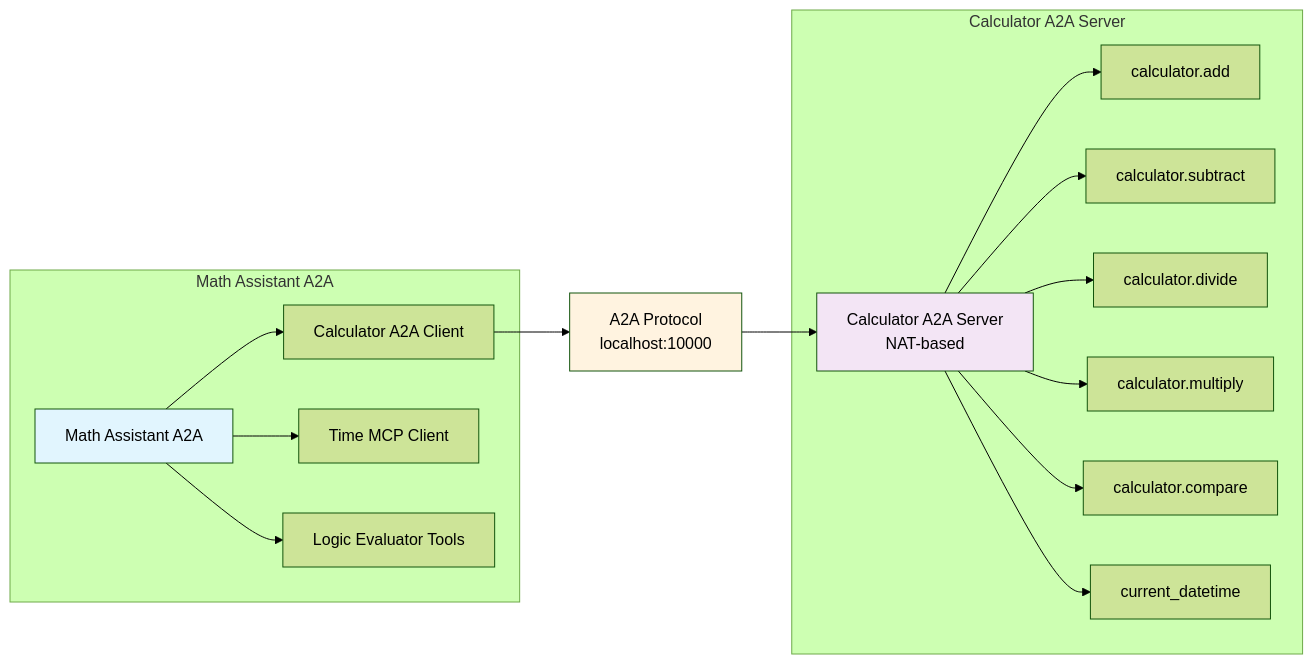
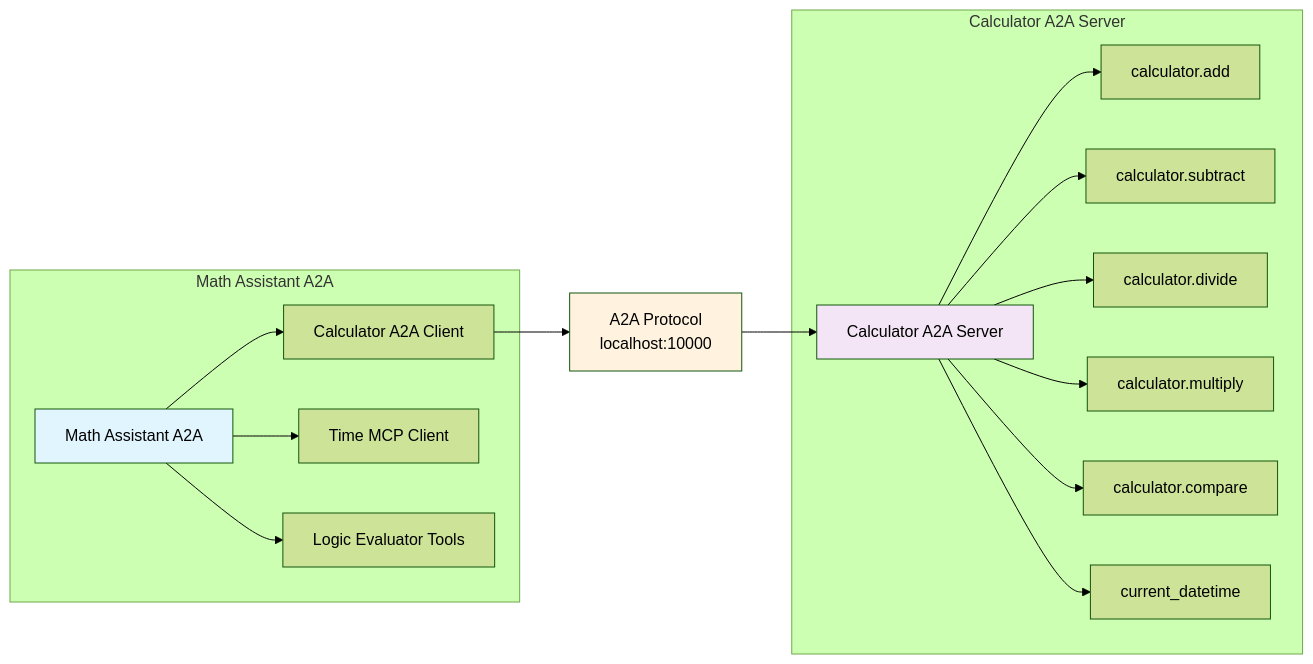
One commit to yifei-gpt/NeMo-Agent-Toolkit changed the diagram in examples/A2A/math_assistant_a2a/README.md. Above: the diagram before and after it, drawn with Mermaid (forest theme). The commit also changed other lines of this file and 110 other files, not shown here.

````diff
--- a/examples/A2A/math_assistant_a2a/README.md
+++ b/examples/A2A/math_assistant_a2a/README.md
@@ -31,25 +31,25 @@
 ```mermaid
 flowchart LR
     subgraph "Math Assistant A2A"
         CC[Math Assistant A2A]
         CC --> CTA[Calculator A2A Client]
         CC --> CTM[Time MCP Client]
         CC --> CLE[Logic Evaluator Tools]
     end
 
     CTA --> AP[A2A Protocol<br/>localhost:10000]
-    AP --> CS[Calculator A2A Server<br/>NAT-based]
+    AP --> CS[Calculator A2A Server]
 
     subgraph "Calculator A2A Server"
         CS --> CA[calculator.add]
         CS --> CSUB[calculator.subtract]
         CS --> CDIV[calculator.divide]
         CS --> CMUL[calculator.multiply]
         CS --> CCMP[calculator.compare]
         CS --> CDT[current_datetime]
     end
 
     style CC fill:#e1f5fe,color:#000
     style CS fill:#f3e5f5,color:#000
     style AP fill:#fff3e0,color:#000
 ```
````
